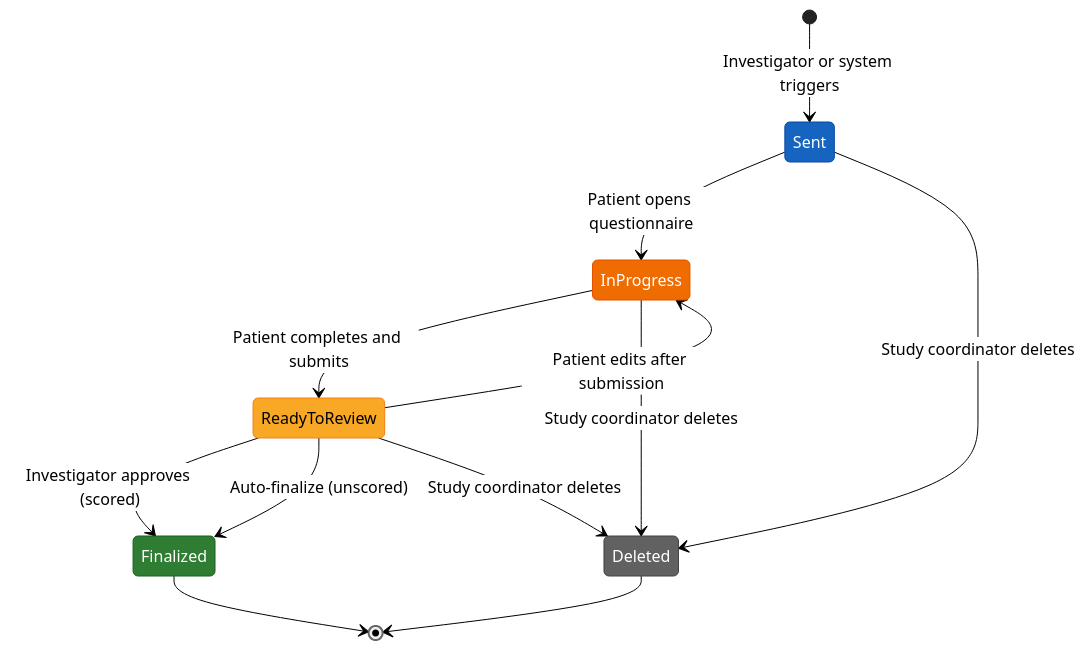
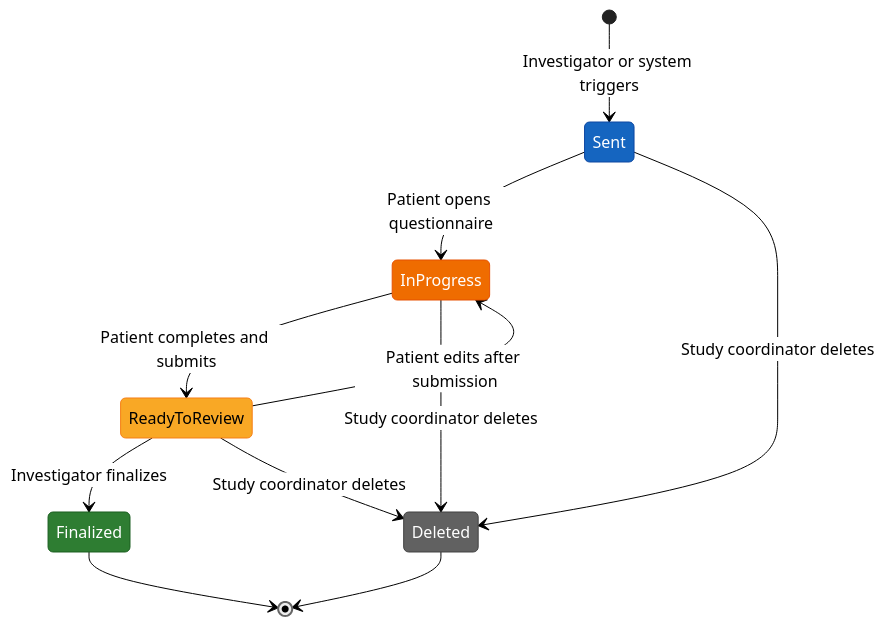
Before and after one commit to Cure-HHT/hht_diary: the diagram in spec/images/questionnaire-lifecycle.mmd, drawn with Mermaid (neutral theme).

Commit message:
[CUR-971] Remove auto-finalize path from questionnaire lifecycle
All questionnaires require investigator finalization — there is no
auto-finalize path for unscored questionnaires.

Implements: REQ-p01064

https://claude.ai/code/session_0166jaRnz4LndVfcVPizjqoA

```diff
--- a/spec/images/questionnaire-lifecycle.mmd
+++ b/spec/images/questionnaire-lifecycle.mmd
@@ -1,24 +1,23 @@
 stateDiagram-v2
     [*] --> Sent: Investigator or system triggers
     Sent --> InProgress: Patient opens questionnaire
     InProgress --> ReadyToReview: Patient completes and submits
     ReadyToReview --> InProgress: Patient edits after submission
-    ReadyToReview --> Finalized: Investigator approves (scored)
-    ReadyToReview --> Finalized: Auto-finalize (unscored)
+    ReadyToReview --> Finalized: Investigator finalizes
     Sent --> Deleted: Study coordinator deletes
     InProgress --> Deleted: Study coordinator deletes
     ReadyToReview --> Deleted: Study coordinator deletes
     Finalized --> [*]
     Deleted --> [*]
 
     classDef sent fill:#1565c0,color:#ffffff,stroke:#0d47a1
     classDef inprogress fill:#ef6c00,color:#ffffff,stroke:#e65100
     classDef readytoreview fill:#f9a825,color:#000000,stroke:#f57f17
     classDef finalized fill:#2e7d32,color:#ffffff,stroke:#1b5e20
     classDef deleted fill:#616161,color:#ffffff,stroke:#424242
 
     class Sent sent
     class InProgress inprogress
     class ReadyToReview readytoreview
     class Finalized finalized
     class Deleted deleted
```
